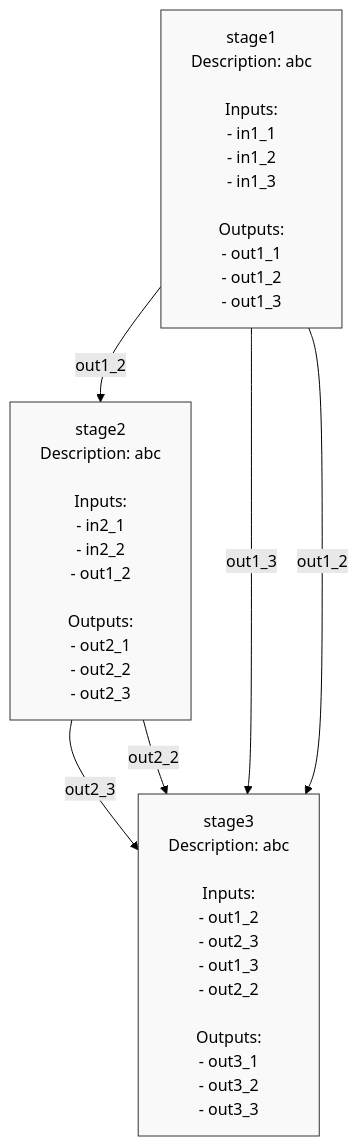
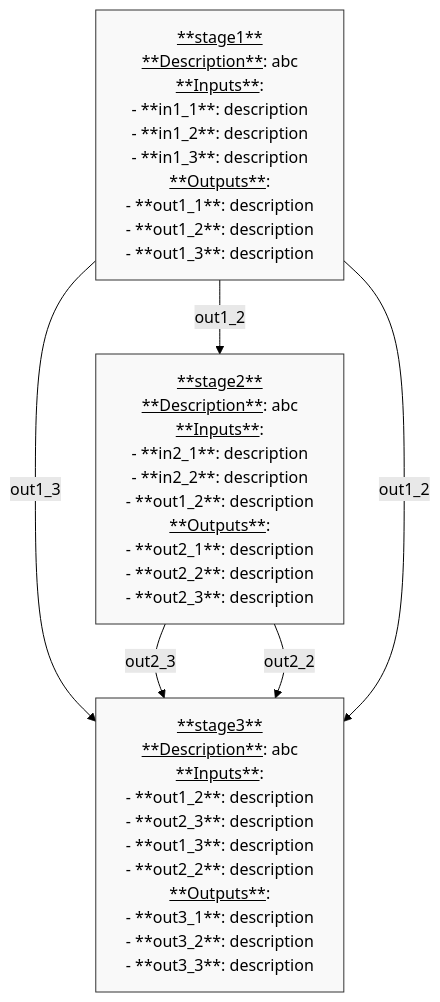
Before and after one commit to tsj7ww/eda: the diagram in workspace/python/202505_mermaid/diagram.md, drawn with Mermaid (forest theme). The commit also changed 2 other files, not shown here.

````diff
--- a/workspace/python/202505_mermaid/diagram.md
+++ b/workspace/python/202505_mermaid/diagram.md
@@ -1,12 +1,40 @@
 ```mermaid
 flowchart TB
-    stage1["stage1\nDescription: abc\n\nInputs:\n- in1_1\n- in1_2\n- in1_3\n\nOutputs:\n- out1_1\n- out1_2\n- out1_3"]
-    stage2["stage2\nDescription: abc\n\nInputs:\n- in2_1\n- in2_2\n- out1_2\n\nOutputs:\n- out2_1\n- out2_2\n- out2_3"]
-    stage3["stage3\nDescription: abc\n\nInputs:\n- out1_2\n- out2_3\n- out1_3\n- out2_2\n\nOutputs:\n- out3_1\n- out3_2\n- out3_3"]
+    stage1["<ins>**stage1**</ins>
+		<ins>**Description**</ins>: abc
+		<ins>**Inputs**</ins>:
+			- **in1_1**: description
+			- **in1_2**: description
+			- **in1_3**: description
+		<ins>**Outputs**</ins>:
+			- **out1_1**: description
+			- **out1_2**: description
+			- **out1_3**: description"]
+    stage2["<ins>**stage2**</ins>
+		<ins>**Description**</ins>: abc
+		<ins>**Inputs**</ins>:
+			- **in2_1**: description
+			- **in2_2**: description
+			- **out1_2**: description
+		<ins>**Outputs**</ins>:
+			- **out2_1**: description
+			- **out2_2**: description
+			- **out2_3**: description"]
+    stage3["<ins>**stage3**</ins>
+		<ins>**Description**</ins>: abc
+		<ins>**Inputs**</ins>:
+			- **out1_2**: description
+			- **out2_3**: description
+			- **out1_3**: description
+			- **out2_2**: description
+		<ins>**Outputs**</ins>:
+			- **out3_1**: description
+			- **out3_2**: description
+			- **out3_3**: description"]
+    stage1 -->|"out1_3"| stage3
+    stage1 -->|"out1_2"| stage2
     stage2 -->|"out2_3"| stage3
+    stage1 -->|"out1_2"| stage3
     stage2 -->|"out2_2"| stage3
-    stage1 -->|"out1_2"| stage2
-    stage1 -->|"out1_3"| stage3
-    stage1 -->|"out1_2"| stage3
 classDef default fill:#f9f9f9,stroke:#333,stroke-width:1px
 ```
````
